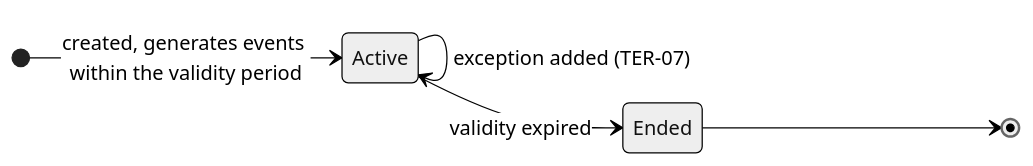
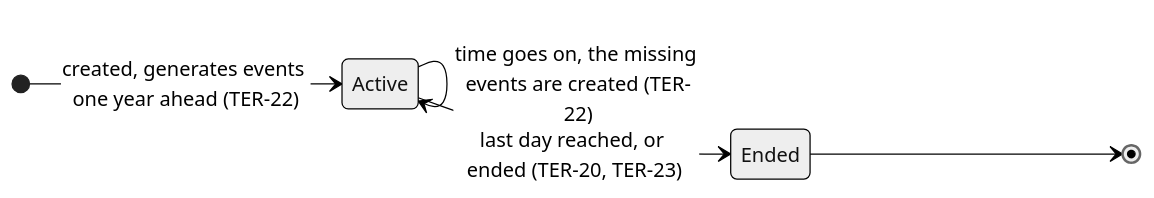
The third of 18 diagrams in docs/states.md (cyrilleulmi/StvBeroPlatform), drawn with Mermaid (neutral theme) before and after one commit. The commit also changed other lines of this file and 49 other files, not shown here.

````diff
--- a/docs/states.md
+++ b/docs/states.md
@@ -83,9 +83,10 @@
 ```mermaid
 stateDiagram-v2
     direction LR
-    [*] --> Active: created, generates events within the validity period
+    [*] --> Active: created, generates events one year ahead (TER-22)
     Active --> Active: changed, affects future events (TER-08)
     Active --> Active: exception added (TER-07)
-    Active --> Ended: validity expired
+    Active --> Active: time goes on, the missing events are created (TER-22)
+    Active --> Ended: last day reached, or ended (TER-20, TER-23)
     Ended --> [*]
 ```
````
